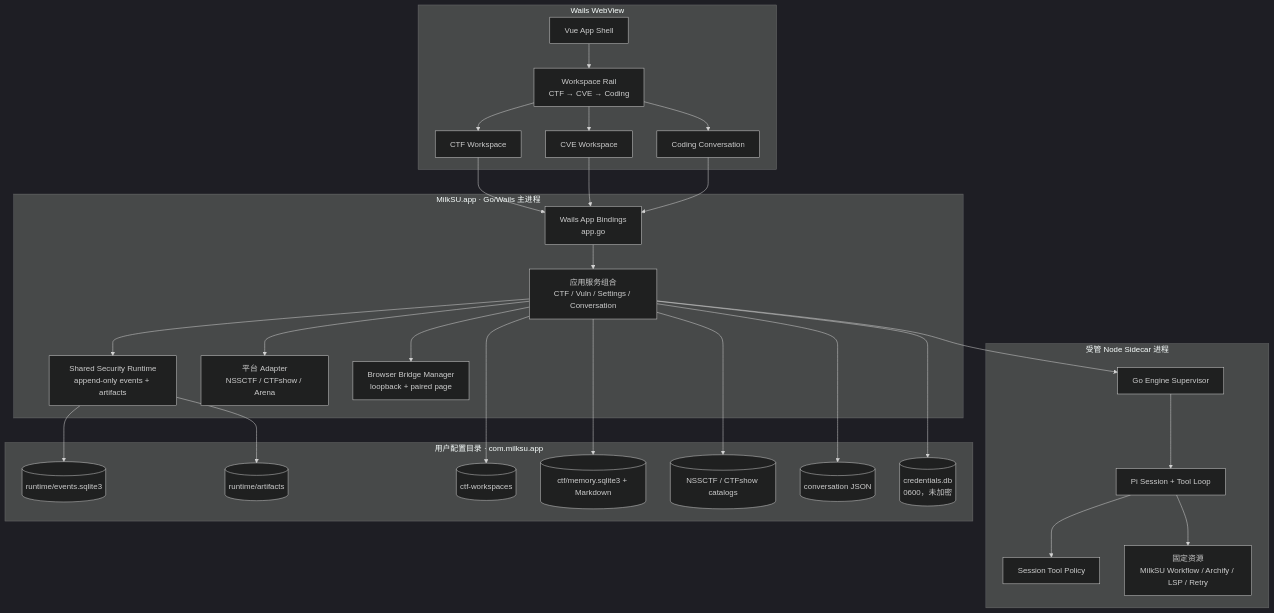
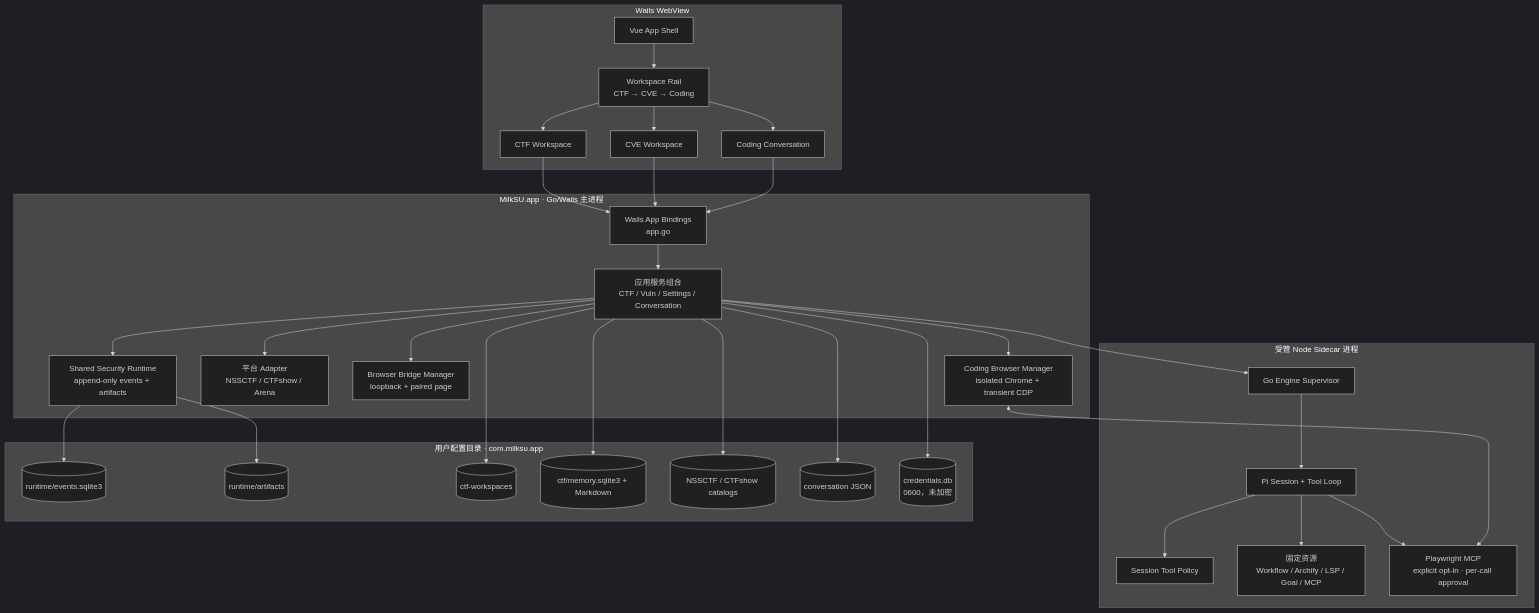
The second of 4 diagrams in docs/architecture/current-system.md (MilkSU-Official/milksu), drawn with Mermaid (dark theme) before and after one commit. The commit also changed other lines of this file and 34 other files, not shown here.

Commit message:
feat: add managed coding browser

````diff
--- a/docs/architecture/current-system.md
+++ b/docs/architecture/current-system.md
@@ -45,58 +49,63 @@
 ```mermaid
 flowchart TB
     subgraph desktop_process["MilkSU.app · Go/Wails 主进程"]
         bindings["Wails App Bindings<br/>app.go"]
         app_services["应用服务组合<br/>CTF / Vuln / Settings / Conversation"]
         security_runtime["Shared Security Runtime<br/>append-only events + artifacts"]
         platform_adapters["平台 Adapter<br/>NSSCTF / CTFshow / Arena"]
         browser_manager["Browser Bridge Manager<br/>loopback + paired page"]
+        coding_browser_manager["Coding Browser Manager<br/>isolated Chrome + transient CDP"]
     end
 
     subgraph webview["Wails WebView"]
         shell["Vue App Shell"]
         rail["Workspace Rail<br/>CTF → CVE → Coding"]
         ctf_ui["CTF Workspace"]
         coding_ui["Coding Conversation"]
         cve_ui["CVE Workspace"]
     end
 
     subgraph sidecar_process["受管 Node Sidecar 进程"]
         supervisor["Go Engine Supervisor"]
         pi_session["Pi Session + Tool Loop"]
         policy["Session Tool Policy"]
-        resources["固定资源<br/>MilkSU Workflow / Archify / LSP / Retry"]
+        resources["固定资源<br/>Workflow / Archify / LSP / Goal / MCP"]
+        playwright["Playwright MCP<br/>explicit opt-in · per-call approval"]
     end
 
     subgraph user_data["用户配置目录 · com.milksu.app"]
         event_db[("runtime/events.sqlite3")]
         artifacts[("runtime/artifacts")]
         ctf_ws[("ctf-workspaces")]
         ctf_memory[("ctf/memory.sqlite3 + Markdown")]
         catalogs[("NSSCTF / CTFshow catalogs")]
         conversations[("conversation JSON")]
         credentials[("credentials.db<br/>0600，未加密")]
     end
 
     shell --> rail
     rail --> ctf_ui
     rail --> cve_ui
     rail --> coding_ui
     ctf_ui --> bindings
     cve_ui --> bindings
     coding_ui --> bindings
     bindings --> app_services
     app_services --> security_runtime
     app_services --> platform_adapters
     app_services --> browser_manager
+    app_services --> coding_browser_manager
     app_services --> supervisor
     supervisor --> pi_session
     pi_session --> policy
     pi_session --> resources
+    pi_session --> playwright
+    coding_browser_manager <--> playwright
     security_runtime --> event_db
     security_runtime --> artifacts
     app_services --> ctf_ws
     app_services --> ctf_memory
     app_services --> catalogs
     app_services --> conversations
     app_services --> credentials
 ```
````
